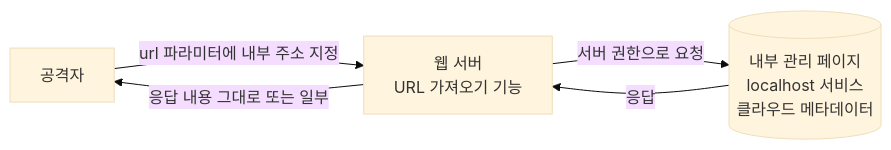
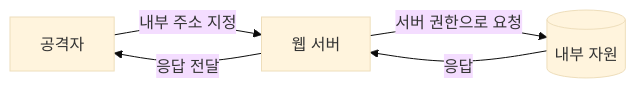
Before and after one commit to logiciris/logiciris.github.io: the diagram in _notes/ssrf.md, drawn with Mermaid (base theme). The commit also changed 28 other files, not shown here.

Commit message:
Notes batches 1-2: qa fixes (accuracy, links, mermaid labels)

````diff
--- a/_notes/ssrf.md
+++ b/_notes/ssrf.md
@@ -22,7 +22,7 @@
 ```mermaid
 flowchart LR
-    A["공격자"] -->|"url 파라미터에 내부 주소 지정"| W["웹 서버<br/>URL 가져오기 기능"]
-    W -->|"서버 권한으로 요청"| I[("내부 관리 페이지<br/>localhost 서비스<br/>클라우드 메타데이터")]
+    A["공격자"] -->|"내부 주소 지정"| W["웹 서버"]
+    W -->|"서버 권한으로 요청"| I[("내부 자원")]
     I -->|"응답"| W
-    W -->|"응답 내용 그대로 또는 일부"| A
+    W -->|"응답 전달"| A
 ```
````
